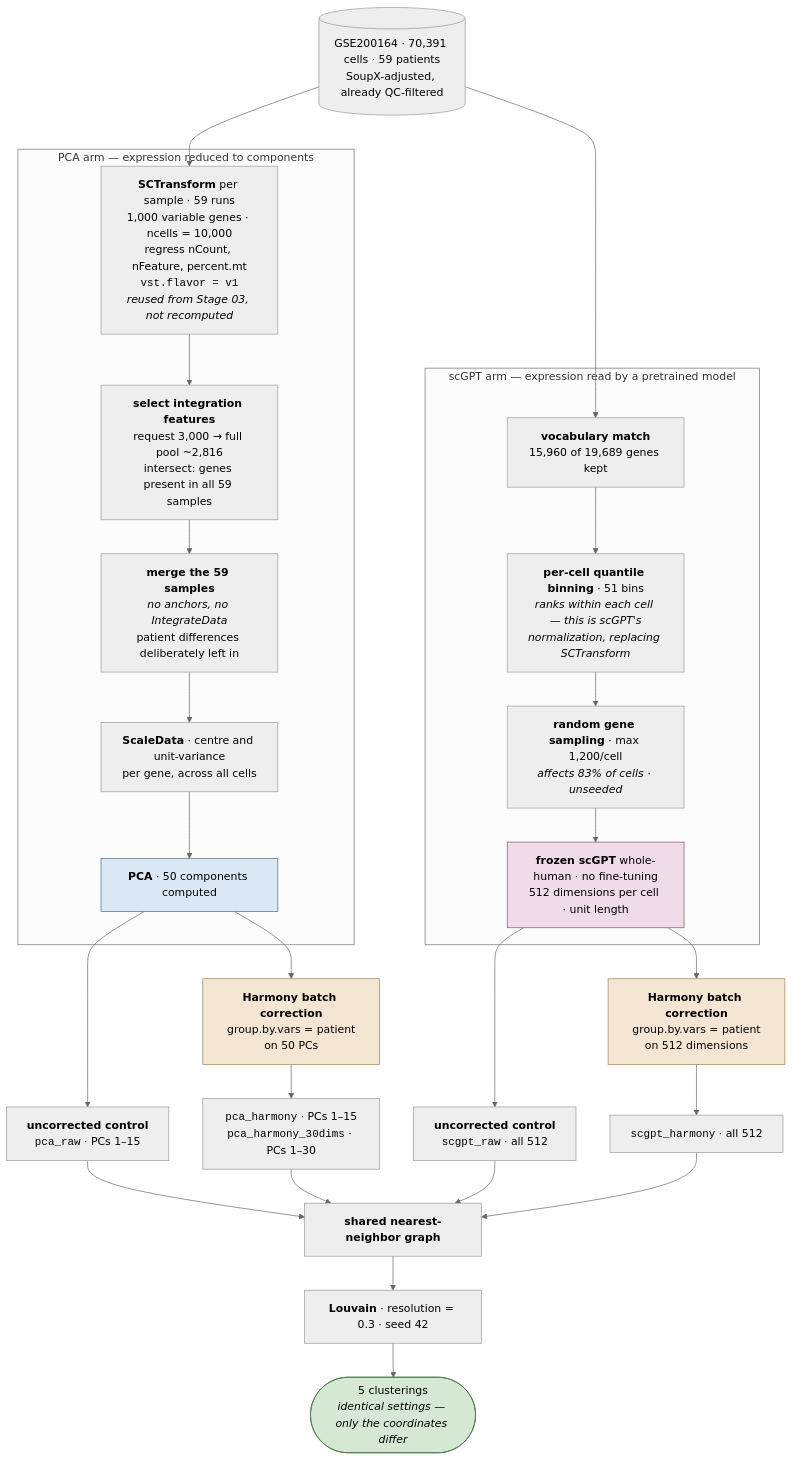
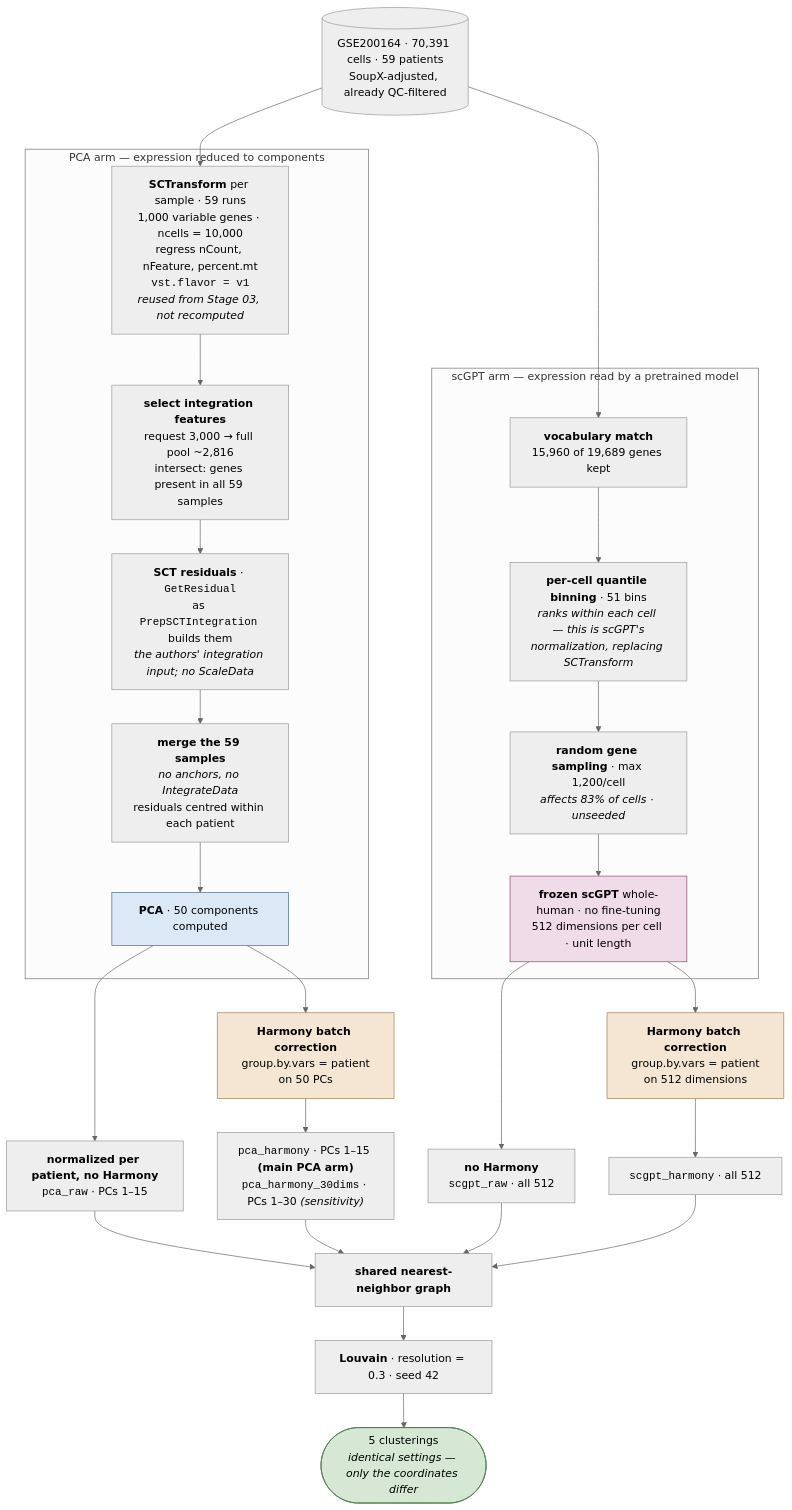
Before and after one commit to sivatej800-oss/T-cell-representations: the fifth of 11 diagrams in 01_PROJECT_OVERVIEW/ANALYSIS_WALKTHROUGH.md, drawn with Mermaid (neutral theme). The commit also changed other lines of this file and 95 other files, not shown here.

First line of the commit message:
Rebuild the PCA arm from SCT residuals instead of the SCT data layer

````diff
--- a/01_PROJECT_OVERVIEW/ANALYSIS_WALKTHROUGH.md
+++ b/01_PROJECT_OVERVIEW/ANALYSIS_WALKTHROUGH.md
@@ -229,49 +233,49 @@
 ```mermaid
 flowchart TD
     A[("GSE200164 · 70,391 cells · 59 patients<br/>SoupX-adjusted, already QC-filtered")]
 
     subgraph PCAARM["PCA arm — expression reduced to components"]
         B["<b>SCTransform</b> per sample · 59 runs<br/>1,000 variable genes · ncells = 10,000<br/>regress nCount, nFeature, percent.mt<br/><code>vst.flavor = v1</code><br/><i>reused from Stage 03, not recomputed</i>"]
         C["<b>select integration features</b><br/>request 3,000 → full pool ~2,816<br/>intersect: genes present in all 59 samples"]
-        D["<b>merge the 59 samples</b><br/><i>no anchors, no IntegrateData</i><br/>patient differences deliberately left in"]
-        E["<b>ScaleData</b> · centre and unit-variance<br/>per gene, across all cells"]
+        D["<b>SCT residuals</b> · <code>GetResidual</code><br/>as <code>PrepSCTIntegration</code> builds them<br/><i>the authors' integration input; no ScaleData</i>"]
+        E["<b>merge the 59 samples</b><br/><i>no anchors, no IntegrateData</i><br/>residuals centred within each patient"]
         F["<b>PCA</b> · 50 components computed"]
     end
 
     subgraph SCARM["scGPT arm — expression read by a pretrained model"]
         G["<b>vocabulary match</b><br/>15,960 of 19,689 genes kept"]
         H["<b>per-cell quantile binning</b> · 51 bins<br/><i>ranks within each cell — this is scGPT's<br/>normalization, replacing SCTransform</i>"]
         I["<b>random gene sampling</b> · max 1,200/cell<br/><i>affects 83% of cells · unseeded</i>"]
         J["<b>frozen scGPT</b> whole-human · no fine-tuning<br/>512 dimensions per cell · unit length"]
     end
 
     K["<b>Harmony batch correction</b><br/>group.by.vars = patient<br/>on 50 PCs"]
     L["<b>Harmony batch correction</b><br/>group.by.vars = patient<br/>on 512 dimensions"]
 
-    M["<b>uncorrected control</b><br/><code>pca_raw</code> · PCs 1–15"]
-    N["<code>pca_harmony</code> · PCs 1–15<br/><code>pca_harmony_30dims</code> · PCs 1–30"]
-    O["<b>uncorrected control</b><br/><code>scgpt_raw</code> · all 512"]
+    M["<b>normalized per patient, no Harmony</b><br/><code>pca_raw</code> · PCs 1–15"]
+    N["<code>pca_harmony</code> · PCs 1–15 <b>(main PCA arm)</b><br/><code>pca_harmony_30dims</code> · PCs 1–30 <i>(sensitivity)</i>"]
+    O["<b>no Harmony</b><br/><code>scgpt_raw</code> · all 512"]
     P["<code>scgpt_harmony</code> · all 512"]
 
     Q["<b>shared nearest-neighbor graph</b>"]
     R["<b>Louvain</b> · resolution = 0.3 · seed 42"]
     S(["5 clusterings<br/><i>identical settings — only the coordinates differ</i>"])
 
     A --> B --> C --> D --> E --> F
     A --> G --> H --> I --> J
     F --> M
     F --> K --> N
     J --> O
     J --> L --> P
     M --> Q
     N --> Q
     O --> Q
     P --> Q
     Q --> R --> S
 
     style F fill:#dbe8f5,stroke:#4a6a8a
     style J fill:#f0dbe8,stroke:#8a4a6a
     style K fill:#f5e6d3,stroke:#a08050
     style L fill:#f5e6d3,stroke:#a08050
     style S fill:#d4e8d4,stroke:#4a7a4a
 ```
````
